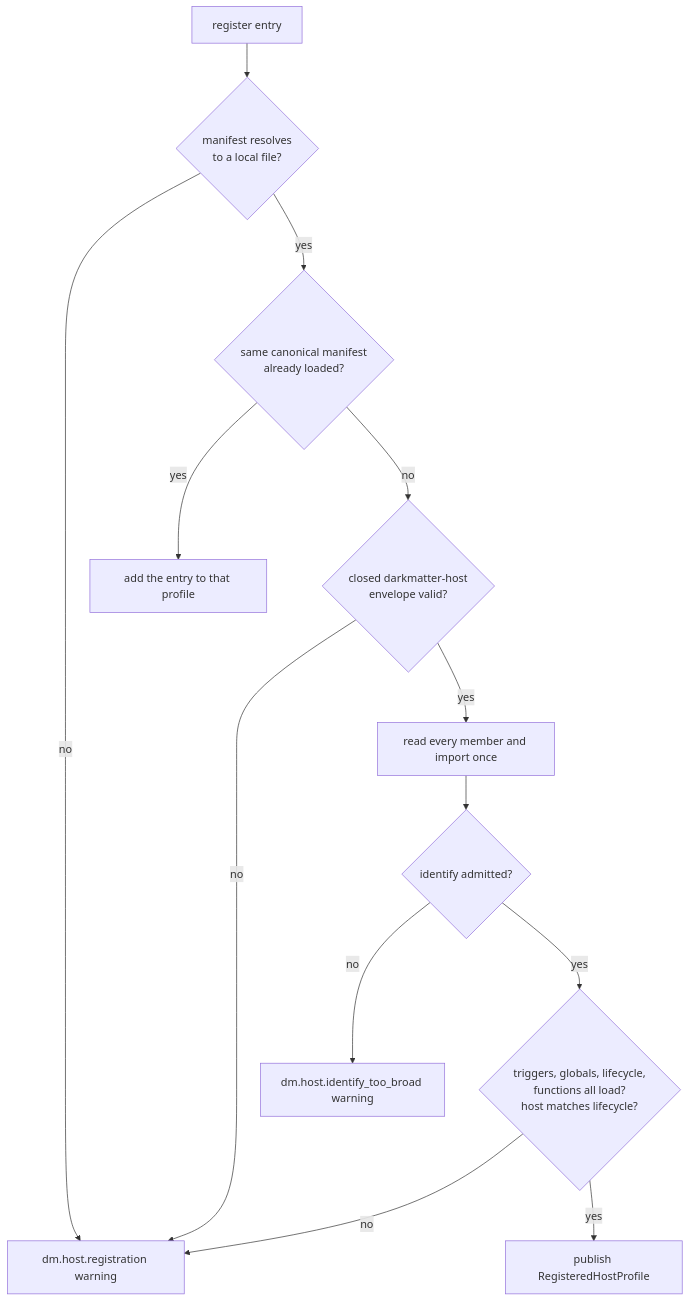
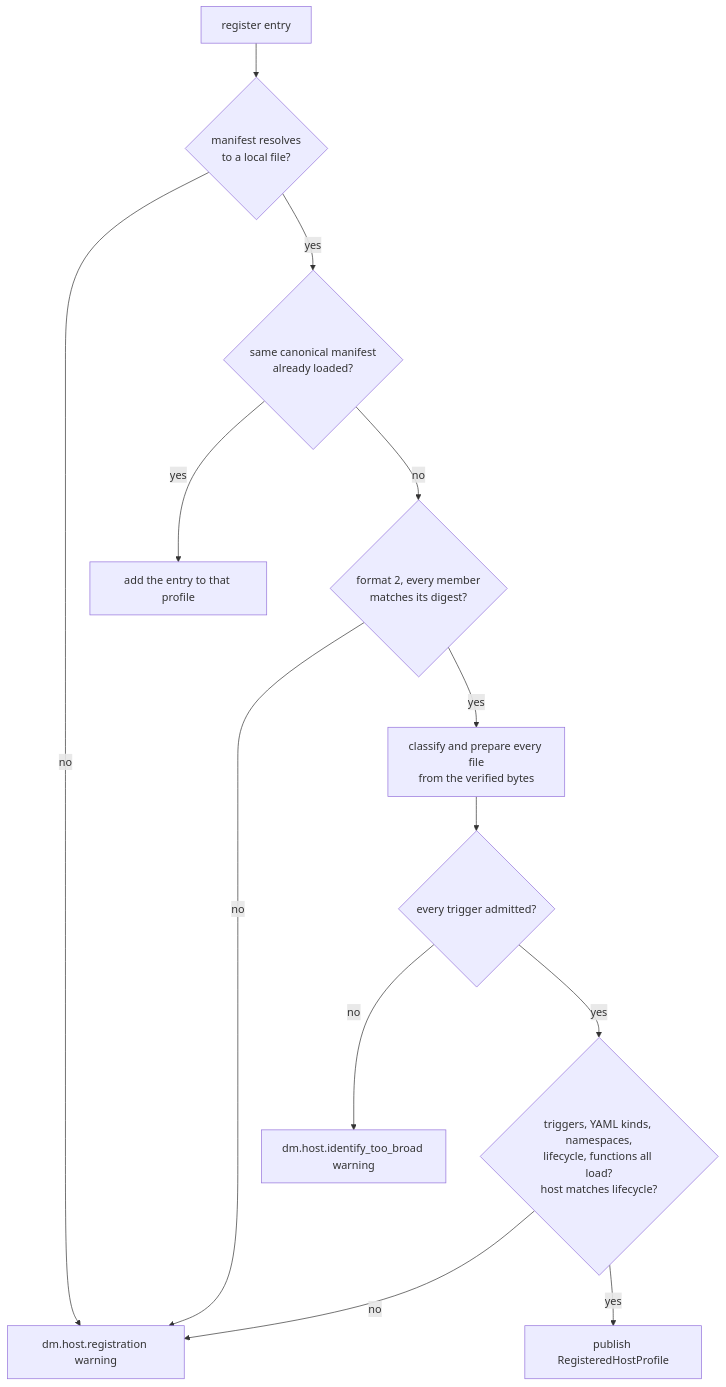
Before and after one commit to yankeeinlondon/rusty-biscuit: the second of 6 diagrams in darkmatter/docs/topics/host-registration.md, drawn with Mermaid. The commit also changed other lines of this file and 67 other files, not shown here.

First line of the commit message:
feat(darkmatter): complete host registration v2

````diff
--- a/darkmatter/docs/topics/host-registration.md
+++ b/darkmatter/docs/topics/host-registration.md
@@ -279,15 +313,15 @@
 ```mermaid
 flowchart TD
     E[register entry] --> R{manifest resolves<br/>to a local file?}
     R -- no --> W[dm.host.registration warning]
     R -- yes --> D{same canonical manifest<br/>already loaded?}
     D -- yes --> J[add the entry to that profile]
-    D -- no --> V{closed darkmatter-host<br/>envelope valid?}
+    D -- no --> V{format 2, every member<br/>matches its digest?}
     V -- no --> W
-    V -- yes --> M[read every member and import once]
-    M --> I{identify admitted?}
+    V -- yes --> K[classify and prepare every file<br/>from the verified bytes]
+    K --> I{every trigger admitted?}
     I -- no --> T[dm.host.identify_too_broad warning]
-    I -- yes --> A{triggers, globals, lifecycle,<br/>functions all load?<br/>host matches lifecycle?}
+    I -- yes --> A{triggers, YAML kinds, namespaces,<br/>lifecycle, functions all load?<br/>host matches lifecycle?}
     A -- no --> W
     A -- yes --> P[publish RegisteredHostProfile]
 ```
````
